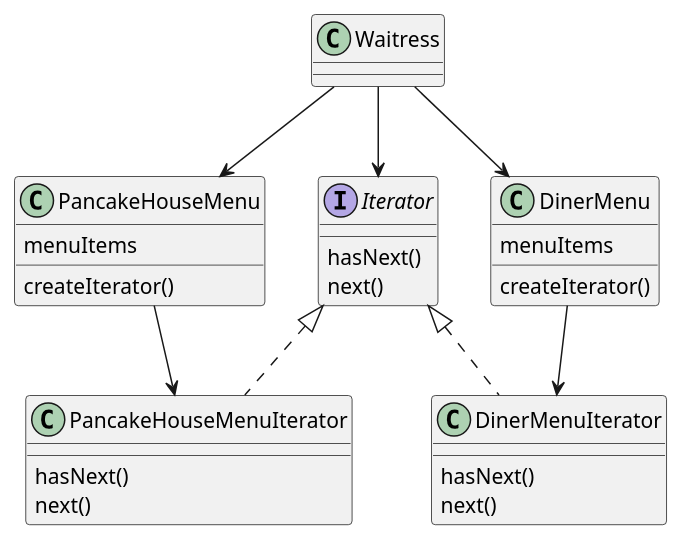
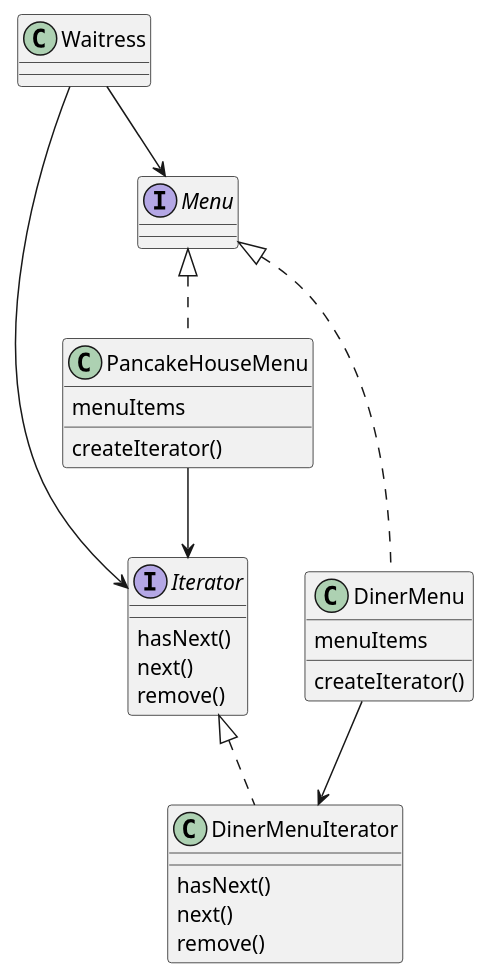
The diagram in iterator-pattern/design/class_diagram.puml (khoivudev/iterator-composite-pattern), drawn with PlantUML before and after one commit. The commit also changed 11 other files, not shown here.

Commit message:
[feat] Implement java util iterator and create common menu interface

```diff
--- a/iterator-pattern/design/class_diagram.puml
+++ b/iterator-pattern/design/class_diagram.puml
@@ -1,33 +1,29 @@
 @startuml
 interface Iterator {
     hasNext()
     next()
-}
-
-class PancakeHouseMenuIterator implements Iterator {
-    hasNext()
-    next()
+    remove()
 }
 
 class DinerMenuIterator implements Iterator {
     hasNext()
     next()
+    remove()
 }
 
-class DinerMenu {
+class DinerMenu implements Menu {
     menuItems
     createIterator()
 }
 
-class PancakeHouseMenu {
+class PancakeHouseMenu implements Menu {
     menuItems
     createIterator()
 }
 
 DinerMenu --> DinerMenuIterator
-PancakeHouseMenu --> PancakeHouseMenuIterator
+PancakeHouseMenu --> Iterator
 
-Waitress --> DinerMenu
-Waitress --> PancakeHouseMenu
+Waitress --> Menu
 Waitress --> Iterator
 @enduml
```
